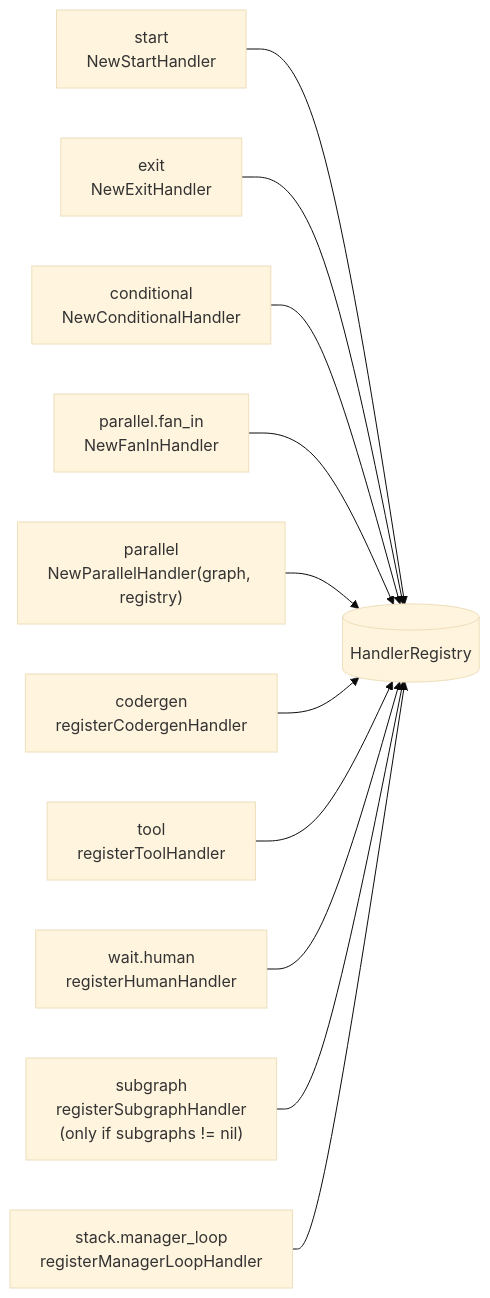
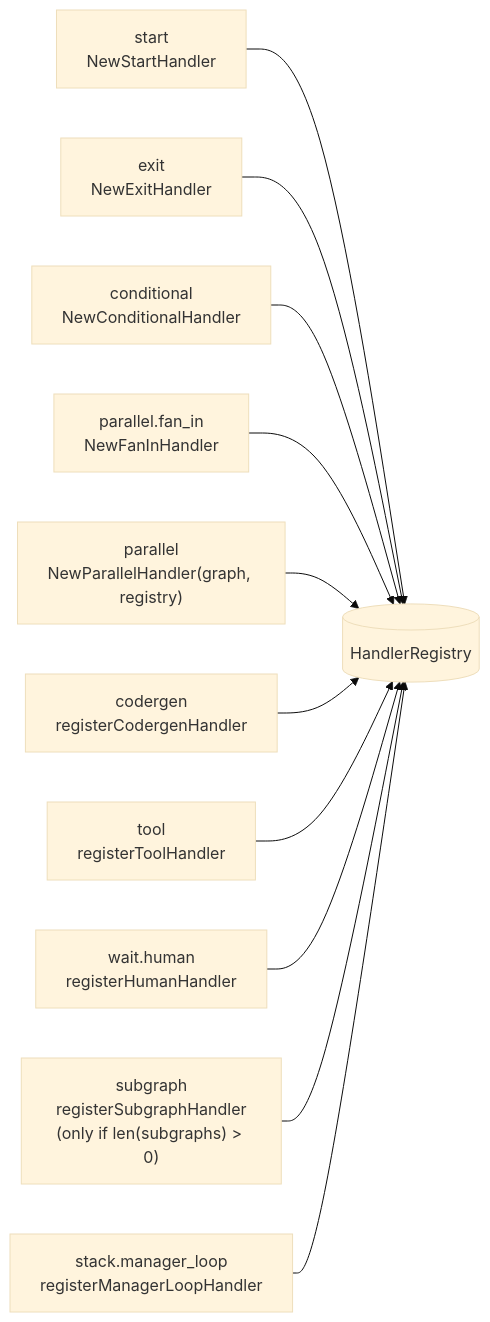
Before and after one commit to 2389-research/tracker: the diagram in docs/architecture/handlers.md, drawn with Mermaid (base theme). The commit also changed other lines of this file and 2 other files, not shown here.

````diff
--- a/docs/architecture/handlers.md
+++ b/docs/architecture/handlers.md
@@ -65,14 +65,14 @@
 ```mermaid
 flowchart LR
     reg[("HandlerRegistry")]
     start["start<br/>NewStartHandler"] --> reg
     exit["exit<br/>NewExitHandler"] --> reg
     cond["conditional<br/>NewConditionalHandler"] --> reg
     fin["parallel.fan_in<br/>NewFanInHandler"] --> reg
     par["parallel<br/>NewParallelHandler(graph, registry)"] --> reg
     cg["codergen<br/>registerCodergenHandler"] --> reg
     tool["tool<br/>registerToolHandler"] --> reg
     hum["wait.human<br/>registerHumanHandler"] --> reg
-    sub["subgraph<br/>registerSubgraphHandler<br/>(only if subgraphs != nil)"] --> reg
+    sub["subgraph<br/>registerSubgraphHandler<br/>(only if len(subgraphs) > 0)"] --> reg
     mgr["stack.manager_loop<br/>registerManagerLoopHandler"] --> reg
 ```
````
